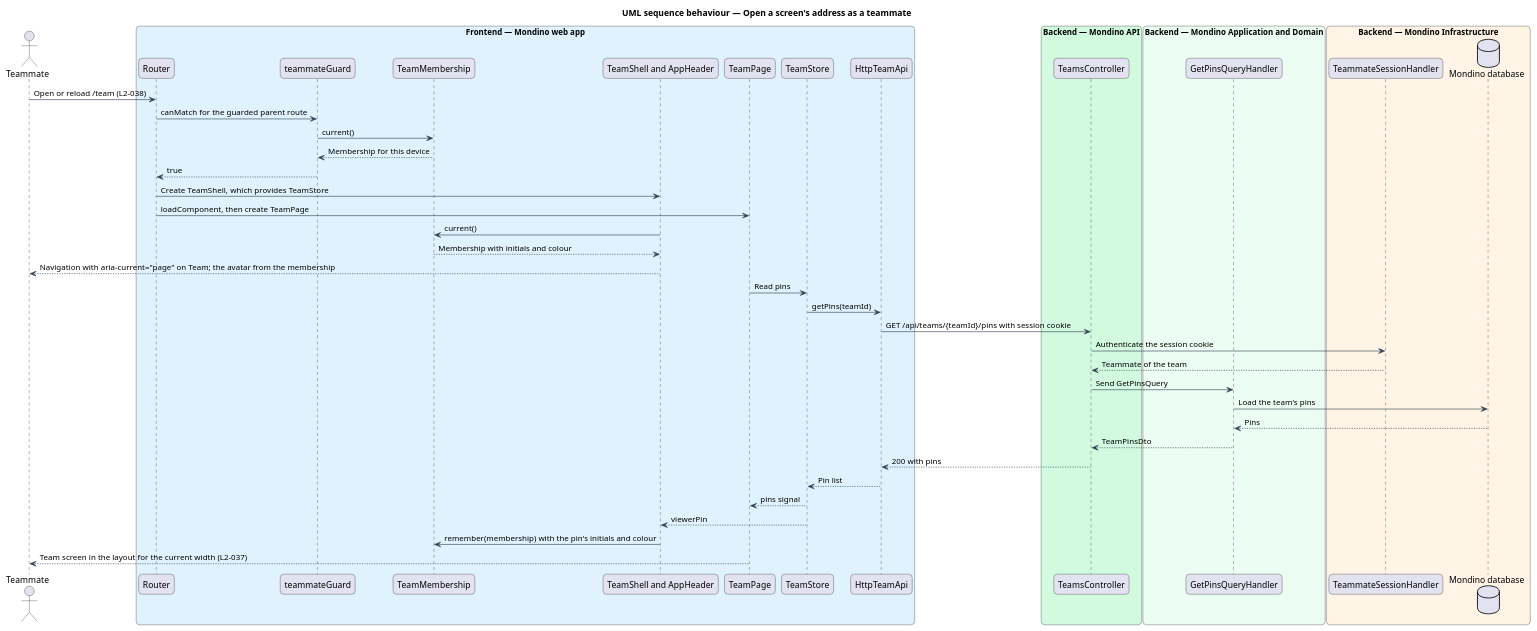
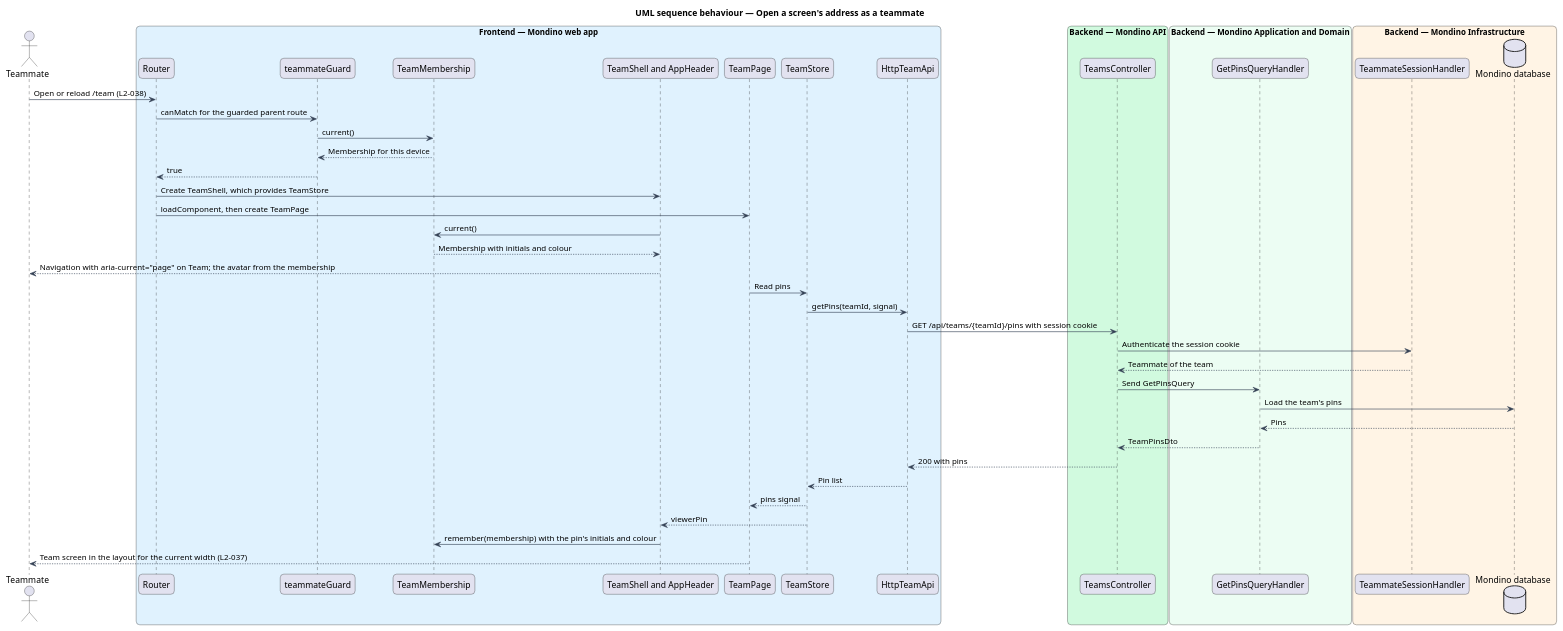
Before and after one commit to QuinntyneBrown/Mondino: the diagram in docs/detailed-designs/platform/adapt-to-every-width/diagrams/sequence-open-address-as-teammate.puml, drawn with PlantUML. The commit also changed 20 other files, not shown here.

```diff
--- a/docs/detailed-designs/platform/adapt-to-every-width/diagrams/sequence-open-address-as-teammate.puml
+++ b/docs/detailed-designs/platform/adapt-to-every-width/diagrams/sequence-open-address-as-teammate.puml
@@ -1,62 +1,62 @@
 @startuml
 title UML sequence behaviour — Open a screen's address as a teammate
 skinparam backgroundColor #FFFFFF
 skinparam shadowing false
 skinparam roundcorner 12
 skinparam defaultFontName Arial
 skinparam ArrowColor #344054
 skinparam rectangle {
   BorderColor #344054
   FontColor #101828
 }
 skinparam package {
   BorderColor #667085
   FontColor #101828
   BackgroundColor #F9FAFB
 }
 actor "Teammate" as actor
 box "Frontend — Mondino web app" #E0F2FE
   participant "Router" as router
   participant "teammateGuard" as guard
   participant "TeamMembership" as membership
   participant "TeamShell and AppHeader" as shell
   participant "TeamPage" as page
   participant "TeamStore" as store
   participant "HttpTeamApi" as client
 end box
 box "Backend — Mondino API" #D1FADF
   participant "TeamsController" as controller
 end box
 box "Backend — Mondino Application and Domain" #ECFDF3
   participant "GetPinsQueryHandler" as handler
 end box
 box "Backend — Mondino Infrastructure" #FFF4E5
   participant "TeammateSessionHandler" as session
   database "Mondino database" as db
 end box
 actor -> router : Open or reload /team (L2-038)
 router -> guard : canMatch for the guarded parent route
 guard -> membership : current()
 membership --> guard : Membership for this device
 guard --> router : true
 router -> shell : Create TeamShell, which provides TeamStore
 router -> page : loadComponent, then create TeamPage
 shell -> membership : current()
 membership --> shell : Membership with initials and colour
 shell --> actor : Navigation with aria-current="page" on Team; the avatar from the membership
 page -> store : Read pins
-store -> client : getPins(teamId)
+store -> client : getPins(teamId, signal)
 client -> controller : GET /api/teams/{teamId}/pins with session cookie
 controller -> session : Authenticate the session cookie
 session --> controller : Teammate of the team
 controller -> handler : Send GetPinsQuery
 handler -> db : Load the team's pins
 db --> handler : Pins
 handler --> controller : TeamPinsDto
 controller --> client : 200 with pins
 client --> store : Pin list
 store --> page : pins signal
 store --> shell : viewerPin
 shell -> membership : remember(membership) with the pin's initials and colour
 page --> actor : Team screen in the layout for the current width (L2-037)
 @enduml
```
